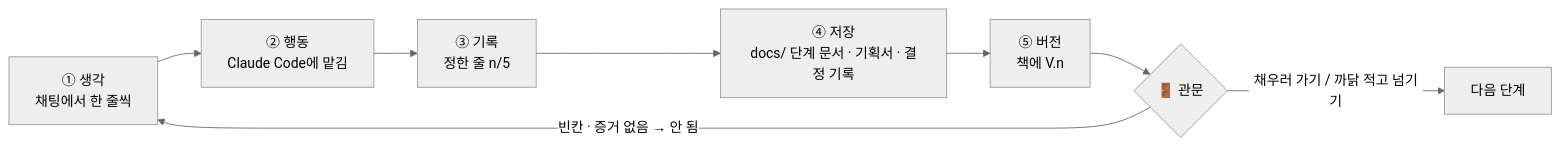
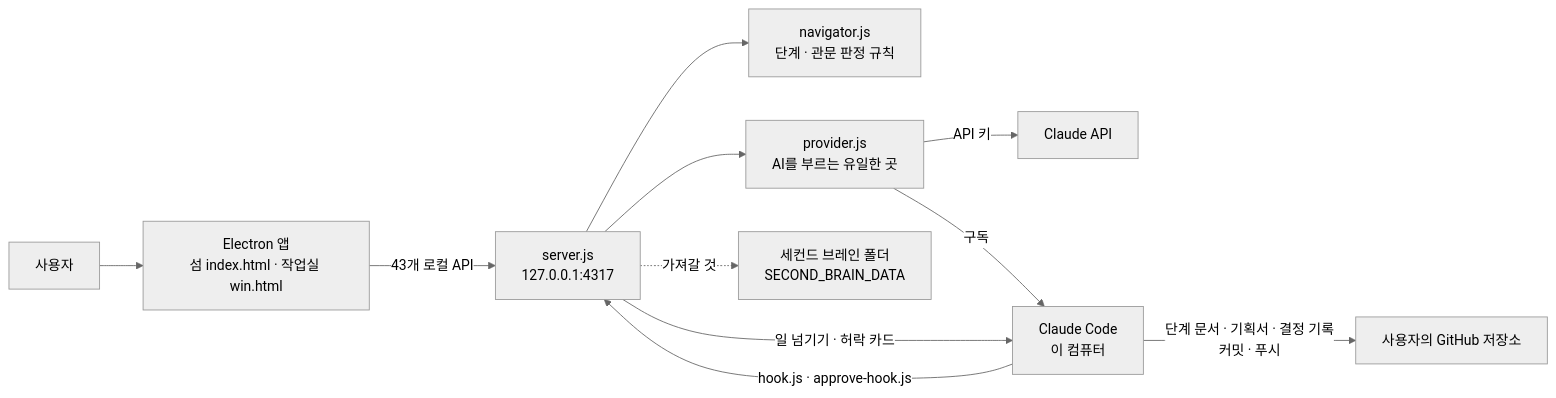
The diagram in README.md (2026-Codyssey-Final-Proj/Final-Proj), drawn with Mermaid (neutral theme) before and after one commit. The commit also changed other lines of this file and 1 other file, not shown here.

First line of the commit message:
docs(readme): 루트 README를 앱 11.0.0 · v60.8 기준으로 다시 씀 — 왜 · 주요 기능 10 · 동작 구조 · 안전장치 · 기술 구성 · 환경 변수 · API · 품질 · 한계

````diff
--- a/README.md
+++ b/README.md
@@ -57,7 +82,13 @@
 ```mermaid
 flowchart LR
-    T["① 생각<br/>채팅에서 한 줄씩"] --> AC["② 행동<br/>Claude Code에 맡김"] --> R["③ 기록<br/>정한 줄 n/5"]
-    R --> SV["④ 저장<br/>docs/ 단계 문서 · 기획서 · 결정 기록"] --> V["⑤ 버전<br/>책에 V.n"] --> G{"🚪 관문"}
-    G -->|"빈칸 · 증거 없음 → 안 됨"| T
-    G -->|"채우러 가기 / 까닭 적고 넘기기"| N["다음 단계"]
+    U["사용자"] --> A["Electron 앱<br/>섬 index.html · 작업실 win.html"]
+    A -->|"43개 로컬 API"| S["server.js<br/>127.0.0.1:4317"]
+    S --> N["navigator.js<br/>단계 · 관문 판정 규칙"]
+    S --> P["provider.js<br/>AI를 부르는 유일한 곳"]
+    P -->|"API 키"| C["Claude API"]
+    P -->|"구독"| CC["Claude Code<br/>이 컴퓨터"]
+    S -->|"일 넘기기 · 허락 카드"| CC
+    CC -->|"hook.js · approve-hook.js"| S
+    CC -->|"단계 문서 · 기획서 · 결정 기록<br/>커밋 · 푸시"| G["사용자의 GitHub 저장소"]
+    S -.->|"가져갈 것"| B["세컨드 브레인 폴더<br/>SECOND_BRAIN_DATA"]
 ```
````
